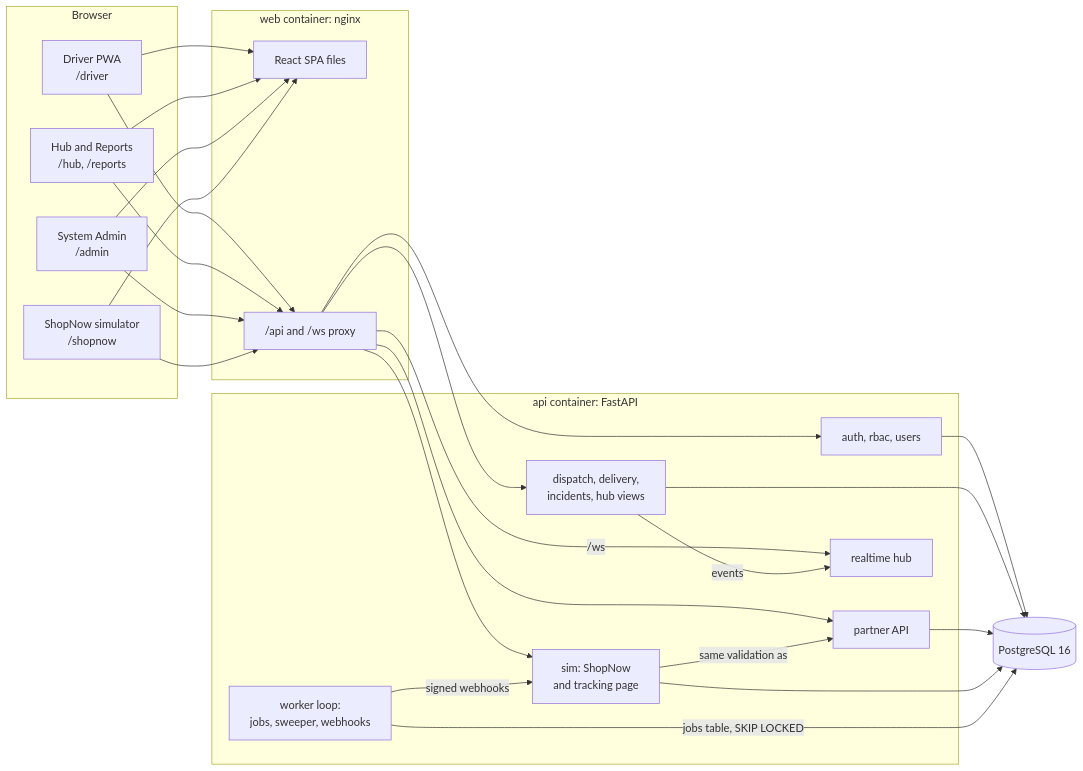
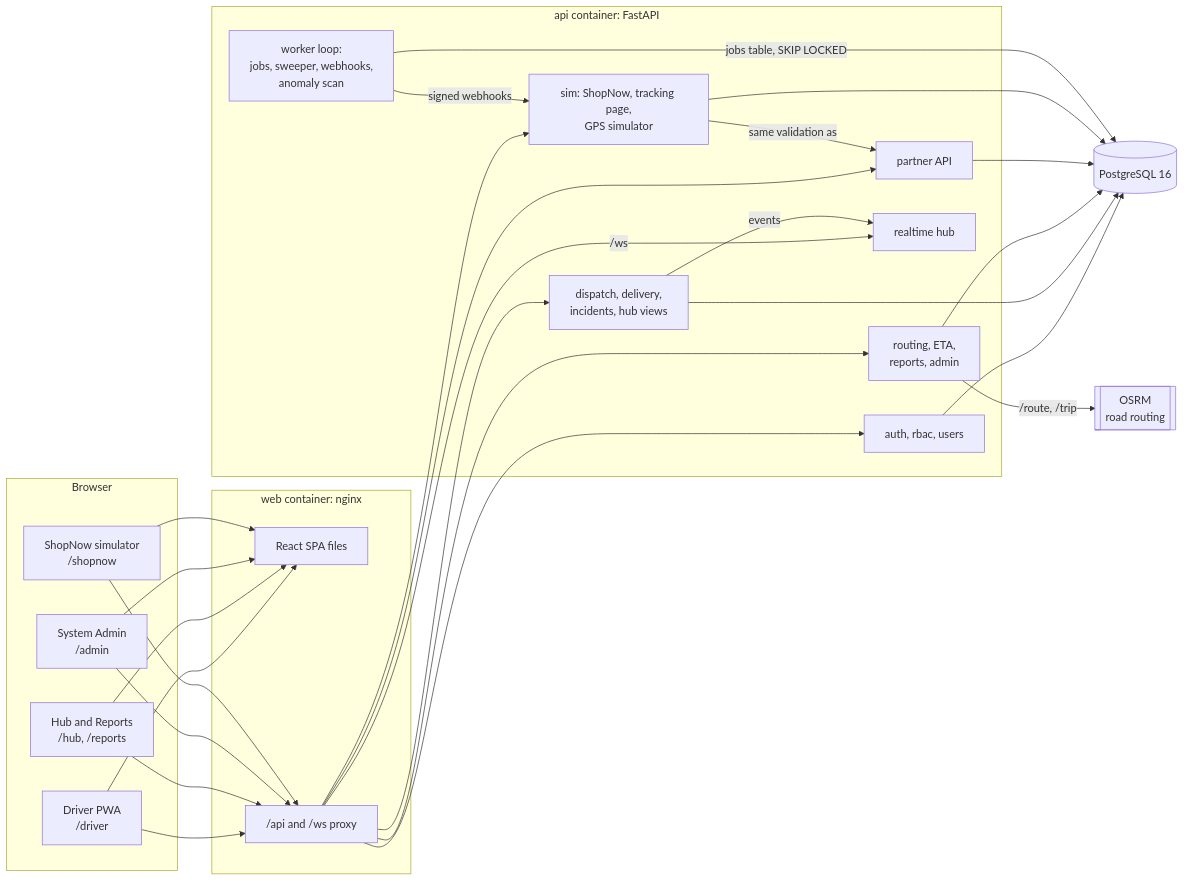
The first of 10 diagrams in README.md (thienAG4/h4t-xpress), drawn with Mermaid before and after one commit. The commit also changed other lines of this file and 24 other files, not shown here.

````diff
--- a/README.md
+++ b/README.md
@@ -82,31 +122,34 @@
 ```mermaid
 flowchart LR
     subgraph Browser
         D["Driver PWA<br/>/driver"]
         H["Hub and Reports<br/>/hub, /reports"]
         A["System Admin<br/>/admin"]
         S["ShopNow simulator<br/>/shopnow"]
     end
     subgraph web["web container: nginx"]
         SPA["React SPA files"]
         P["/api and /ws proxy"]
     end
     subgraph api["api container: FastAPI"]
         AUTH[auth, rbac, users]
         OPS["dispatch, delivery,<br/>incidents, hub views"]
+        RT["routing, ETA,<br/>reports, admin"]
         PART[partner API]
-        SIM["sim: ShopNow<br/>and tracking page"]
+        SIM["sim: ShopNow, tracking page,<br/>GPS simulator"]
         WS[realtime hub]
-        WK["worker loop:<br/>jobs, sweeper, webhooks"]
+        WK["worker loop:<br/>jobs, sweeper, webhooks,<br/>anomaly scan"]
     end
     DB[(PostgreSQL 16)]
+    OSRM[["OSRM<br/>road routing"]]
     D & H & A & S --> SPA
     D & H & A & S --> P
-    P --> AUTH & OPS & PART & SIM
+    P --> AUTH & OPS & RT & PART & SIM
     P -- /ws --> WS
     SIM -- same validation as --> PART
-    AUTH & OPS & PART & SIM --> DB
+    AUTH & OPS & RT & PART & SIM --> DB
+    RT -- "/route, /trip" --> OSRM
     OPS -- events --> WS
     WK -- jobs table, SKIP LOCKED --> DB
     WK -- signed webhooks --> SIM
 ```
````
